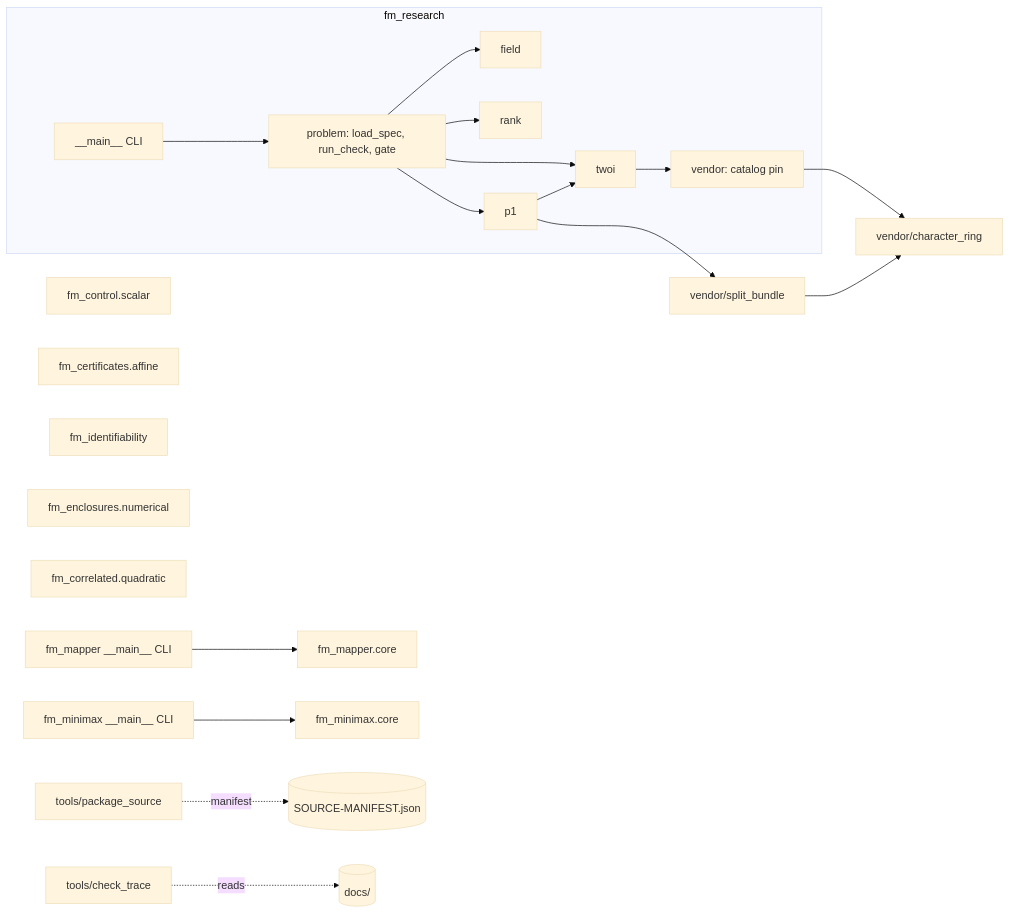
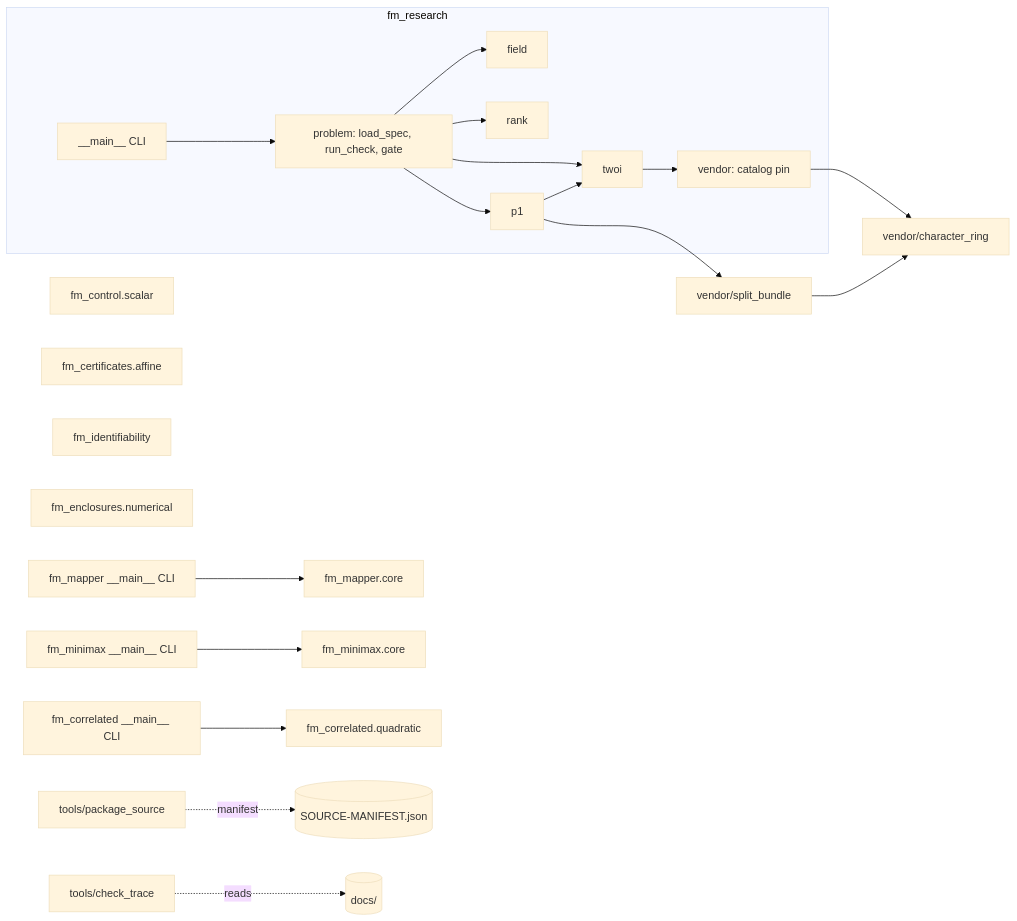
The first of 3 diagrams in docs/architecture/architecture.md (Akilleez-QA/foundation-math), drawn with Mermaid (base theme) before and after one commit. The commit also changed other lines of this file and 15 other files, not shown here.

First line of the commit message:
Add exact correlated quadratic witness verification (stage 2 of 2) (#37)

````diff
--- a/docs/architecture/architecture.md
+++ b/docs/architecture/architecture.md
@@ -41,21 +41,21 @@
 ```mermaid
 flowchart LR
   subgraph research[fm_research]
     main[__main__ CLI] --> problem[problem: load_spec, run_check, gate]
     problem --> field[field] & rank[rank] & twoi[twoi] & p1[p1]
     twoi --> vendor[vendor: catalog pin]
     p1 --> twoi
   end
   vendor --> cr[vendor/character_ring]
   p1 --> sb[vendor/split_bundle]
   sb --> cr
   mmain[fm_mapper __main__ CLI] --> core[fm_mapper.core]
   control[fm_control.scalar]
   cert[fm_certificates.affine]
   ident[fm_identifiability]
   encl[fm_enclosures.numerical]
   minmain[fm_minimax __main__ CLI] --> minimax[fm_minimax.core]
-  corr[fm_correlated.quadratic]
+  cmain[fm_correlated __main__ CLI] --> corr[fm_correlated.quadratic]
   pkg[tools/package_source] -.manifest.-> manifest[(SOURCE-MANIFEST.json)]
   trace[tools/check_trace] -.reads.-> docs[(docs/)]
 ```
````
